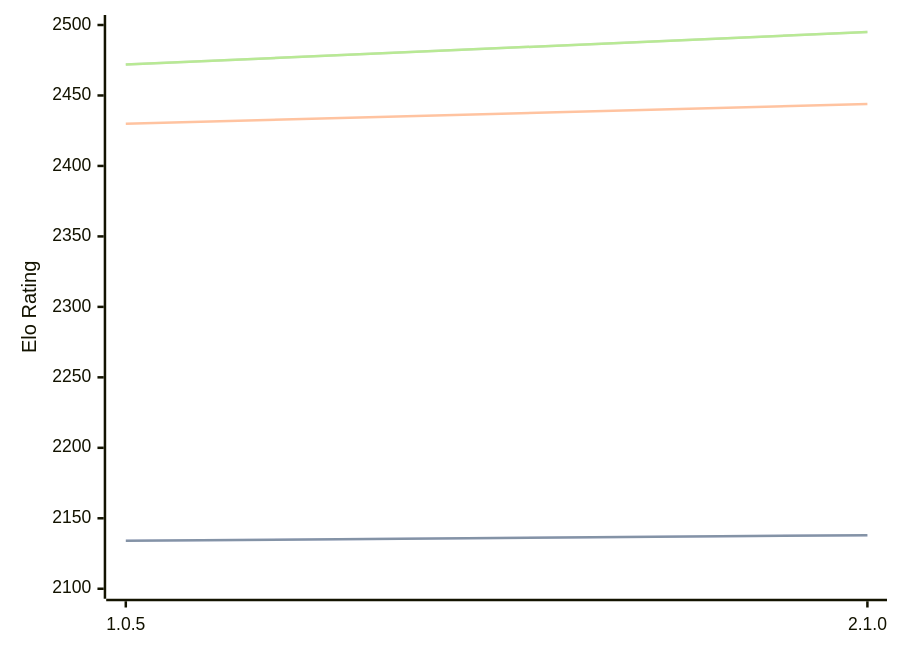
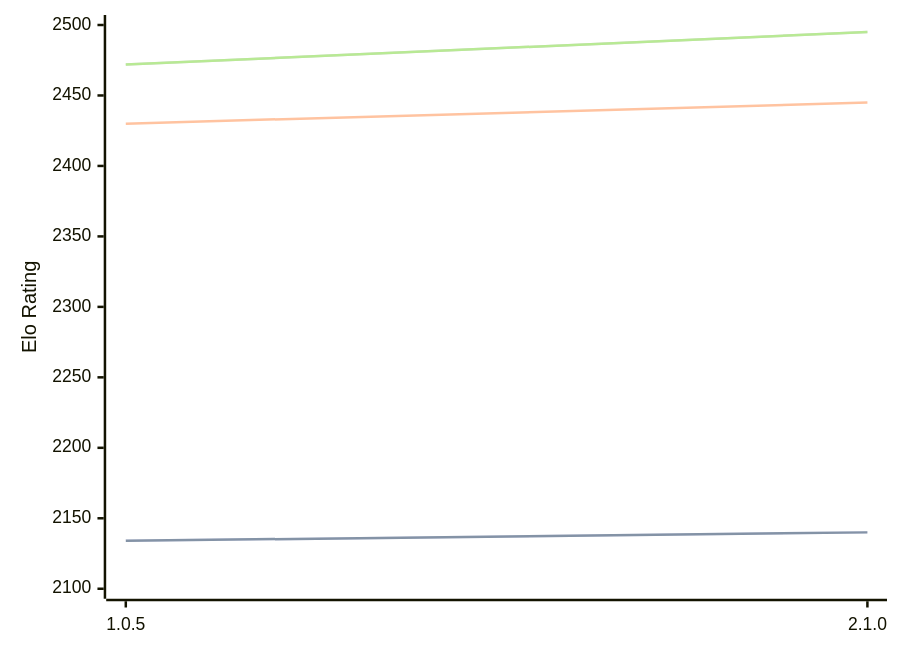
Before and after one commit to computer-chess-index/cci: the first of 3 diagrams in engines/Ruffian.md, drawn with Mermaid. The commit also changed other lines of this file, not shown here.

````diff
--- a/engines/Ruffian.md
+++ b/engines/Ruffian.md
@@ -32,11 +32,11 @@
 ```mermaid
 %%{init: {"theme":"base","themeVariables":{"seriesColors:['#a3a3a3','#222221','#faa371']}}}%%
 xychart-beta
   x-axis ["1.0.5", "2.1.0"]
   y-axis "Elo Rating" 2100 --> 2500
-  line "STC (8.0+0.08s)" [2134, 2138]
-  line "STC (8.0+0.08s)" [2134, 2138]
-  line "LTC (60.0+0.60s)" [2430, 2444]
+  line "STC (8.0+0.08s)" [2134, 2140]
+  line "STC (8.0+0.08s)" [2134, 2140]
+  line "LTC (60.0+0.60s)" [2430, 2445]
   line "VLTC (2m24s+1.12s)" [2472, 2495]
   line "VLTC (2m24s+1.12s)" [2472, 2495]
 ```
````
